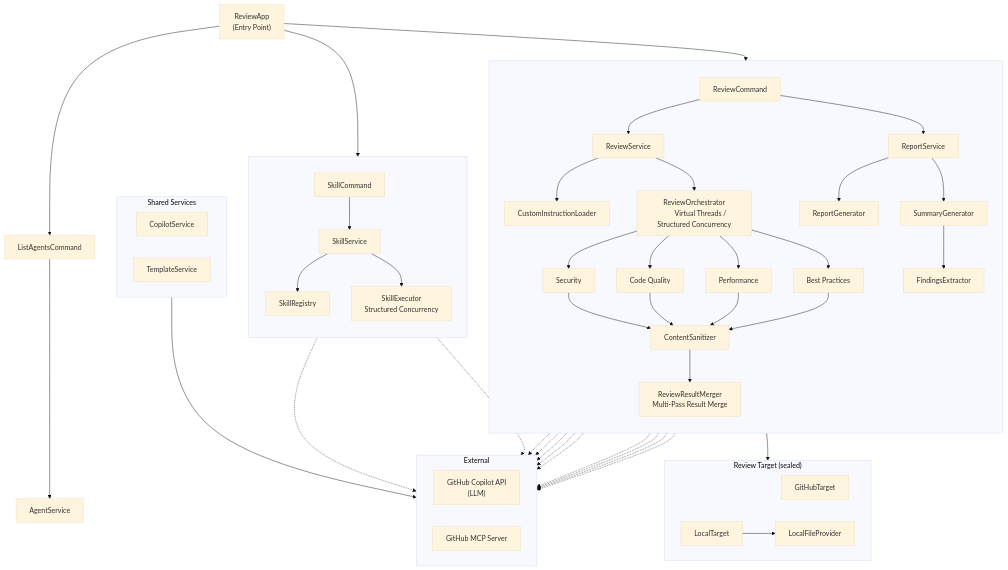
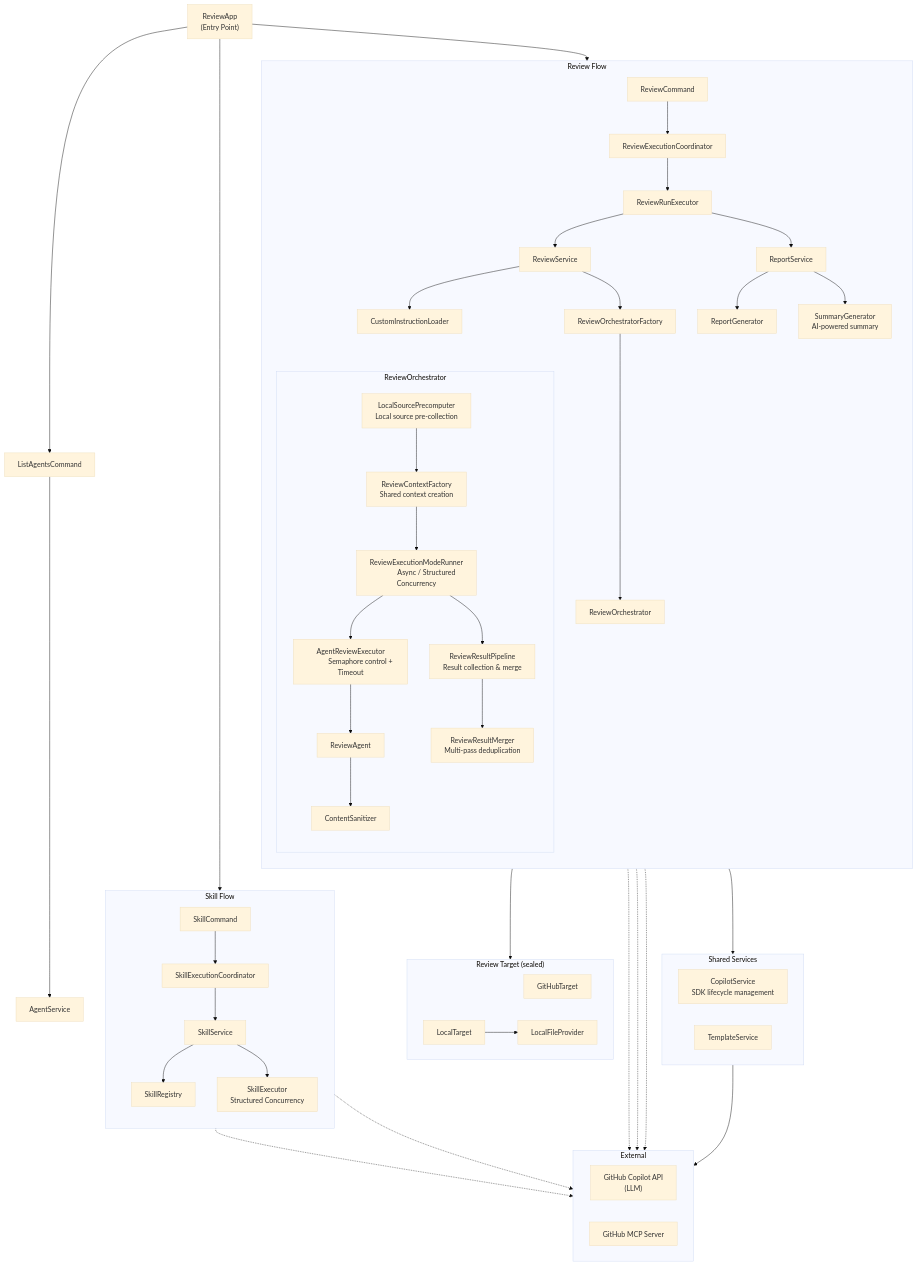
One commit to anishi1222/multi-agent-code-reviewer-java changed the diagram in README_en.md. Above: the diagram before and after it, drawn with Mermaid (base theme). The commit also changed 1 other file, not shown here.

Commit message:
docs: update architecture diagrams to reflect refactored codebase
- Show ReviewCommand → ReviewExecutionCoordinator → ReviewRunExecutor chain
- Add ReviewOrchestrator internal components: LocalSourcePrecomputer,
  ReviewContextFactory, ReviewExecutionModeRunner, AgentReviewExecutor,
  ReviewResultPipeline
- Show ReviewAgent → ContentSanitizer flow within orchestrator
- Add ReviewResultMerger as part of ReviewResultPipeline
- Show SkillCommand → SkillExecutionCoordinator → SkillService chain
- Show CopilotService SDK lifecycle management
- Show ReviewExecutionCoordinator → CopilotService dependency
- Remove outdated direct agent nodes (Security/CodeQuality/etc.)
  in favor of generic ReviewAgent

```diff
--- a/README_en.md
+++ b/README_en.md
@@ -652,36 +652,54 @@
     ReviewApp --> ListAgentsCommand
     ReviewApp --> SkillCommand
 
-    %% ── Review flow (left) ──
-    subgraph ReviewFlow[" "]
+    %% ── Review flow ──
+    subgraph ReviewFlow["Review Flow"]
         direction TB
-        ReviewCommand --> ReviewService
-        ReviewService --> CustomInstructionLoader[CustomInstructionLoader]
-        ReviewService --> ReviewOrchestrator["ReviewOrchestrator
-        Virtual Threads / Structured Concurrency"]
+        ReviewCommand --> ReviewExecutionCoordinator
+        ReviewExecutionCoordinator --> ReviewRunExecutor
 
-        ReviewOrchestrator --> Security[Security]
-        ReviewOrchestrator --> CodeQuality[Code Quality]
-        ReviewOrchestrator --> Performance[Performance]
-        ReviewOrchestrator --> BestPractices[Best Practices]
+        ReviewRunExecutor --> ReviewService
+        ReviewService --> CustomInstructionLoader
+        ReviewService --> ReviewOrchestratorFactory
+        ReviewOrchestratorFactory --> ReviewOrchestrator
 
-        Security & CodeQuality & Performance & BestPractices --> ContentSanitizer
-        ContentSanitizer --> ReviewResultMerger["ReviewResultMerger
-        Multi-Pass Result Merge"]
+        subgraph Orchestrator["ReviewOrchestrator"]
+            direction TB
+            LocalSourcePrecomputer["LocalSourcePrecomputer
+            Local source pre-collection"]
+            ReviewContextFactory["ReviewContextFactory
+            Shared context creation"]
+            ReviewExecutionModeRunner["ReviewExecutionModeRunner
+            Async / Structured Concurrency"]
+            AgentReviewExecutor["AgentReviewExecutor
+            Semaphore control + Timeout"]
+            ReviewResultPipeline["ReviewResultPipeline
+            Result collection & merge"]
 
-        ReviewCommand --> ReportService
+            LocalSourcePrecomputer --> ReviewContextFactory
+            ReviewContextFactory --> ReviewExecutionModeRunner
+            ReviewExecutionModeRunner --> AgentReviewExecutor
+            AgentReviewExecutor --> ReviewAgent
+            ReviewAgent --> ContentSanitizer
+            ReviewExecutionModeRunner --> ReviewResultPipeline
+            ReviewResultPipeline --> ReviewResultMerger["ReviewResultMerger
+            Multi-pass deduplication"]
+        end
+
+        ReviewRunExecutor --> ReportService
         ReportService --> ReportGenerator
-        ReportService --> SummaryGenerator
-        SummaryGenerator --> FindingsExtractor
+        ReportService --> SummaryGenerator["SummaryGenerator
+        AI-powered summary"]
     end
 
-    %% ── List flow (center) ──
+    %% ── List flow ──
     ListAgentsCommand --> AgentService
 
-    %% ── Skill flow (right) ──
-    subgraph SkillFlow[" "]
+    %% ── Skill flow ──
+    subgraph SkillFlow["Skill Flow"]
         direction TB
-        SkillCommand --> SkillService
+        SkillCommand --> SkillExecutionCoordinator
+        SkillExecutionCoordinator --> SkillService
         SkillService --> SkillRegistry
         SkillService --> SkillExecutor["SkillExecutor
         Structured Concurrency"]
@@ -698,9 +716,12 @@
     %% ── Shared services ──
     subgraph Shared["Shared Services"]
         direction LR
-        CopilotService
+        CopilotService["CopilotService
+        SDK lifecycle management"]
         TemplateService
     end
+
+    ReviewExecutionCoordinator --> CopilotService
 
     %% ── External ──
     subgraph External["External"]
@@ -711,8 +732,8 @@
     end
 
     CopilotService --> CopilotAPI
-    Security & CodeQuality & Performance & BestPractices -.-> CopilotAPI
-    Security & CodeQuality & Performance & BestPractices -.-> GitHubMCP
+    ReviewAgent -.-> CopilotAPI
+    ReviewAgent -.-> GitHubMCP
     SkillExecutor -.-> CopilotAPI
     SkillExecutor -.-> GitHubMCP
     SummaryGenerator -.-> CopilotAPI
```
